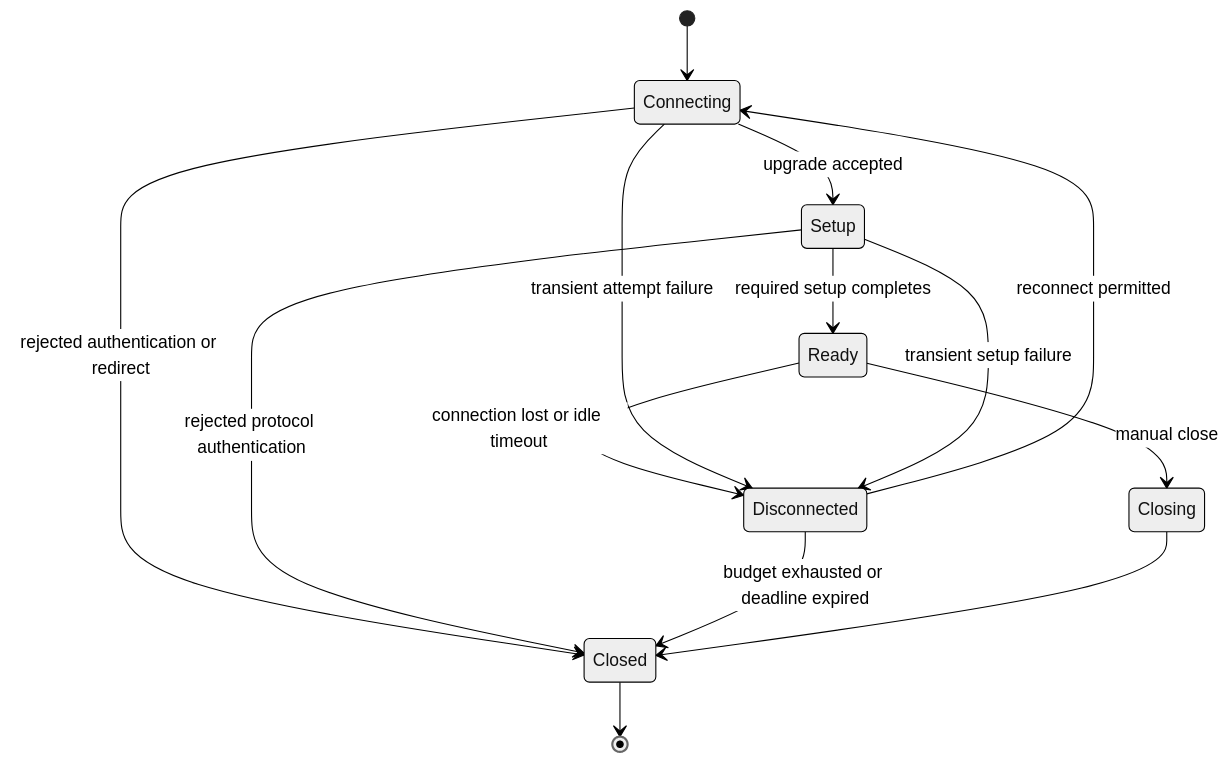
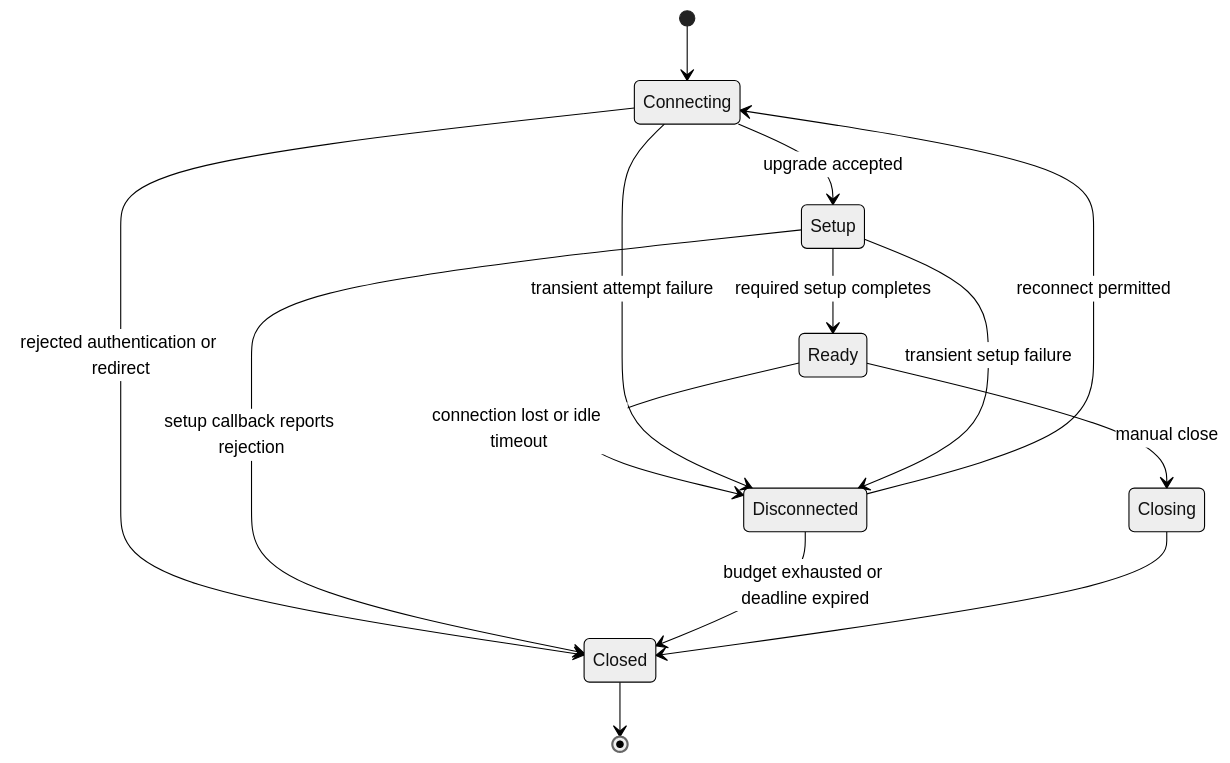
Before and after one commit to yankeeinlondon/rusty-biscuit: the diagram in schematic/features/2026-10-17-schematic-websocket/spec.md, drawn with Mermaid (neutral theme). The commit also changed other lines of this file and 8 other files, not shown here.

First line of the commit message:
planning(schematic): record macro-review decision D57

````diff
--- a/schematic/features/2026-10-17-schematic-websocket/spec.md
+++ b/schematic/features/2026-10-17-schematic-websocket/spec.md
@@ -703,16 +773,16 @@
 ```mermaid
 stateDiagram-v2
     [*] --> Connecting
     Connecting --> Setup: upgrade accepted
     Setup --> Ready: required setup completes
     Ready --> Disconnected: connection lost or idle timeout
     Disconnected --> Connecting: reconnect permitted
     Connecting --> Disconnected: transient attempt failure
     Setup --> Disconnected: transient setup failure
     Connecting --> Closed: rejected authentication or redirect
-    Setup --> Closed: rejected protocol authentication
+    Setup --> Closed: setup callback reports rejection
     Disconnected --> Closed: budget exhausted or deadline expired
     Ready --> Closing: manual close
     Closing --> Closed
     Closed --> [*]
 ```
````
